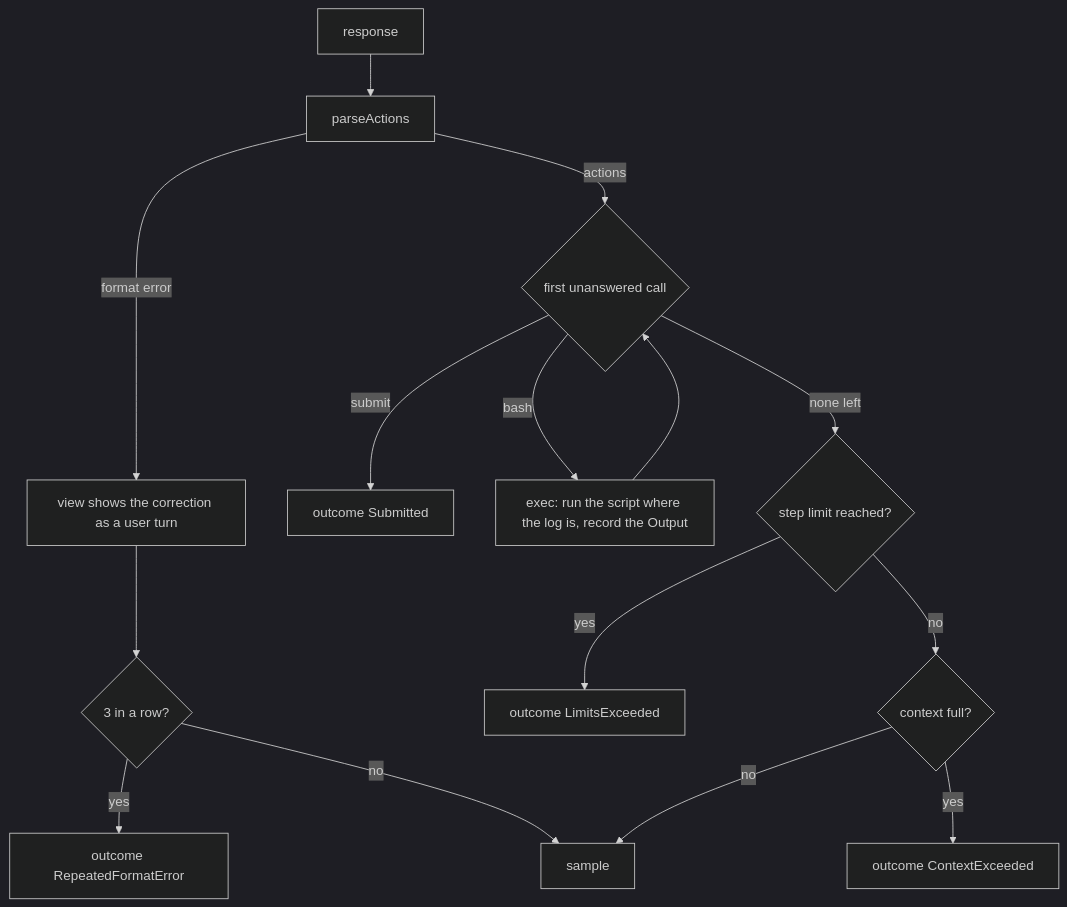
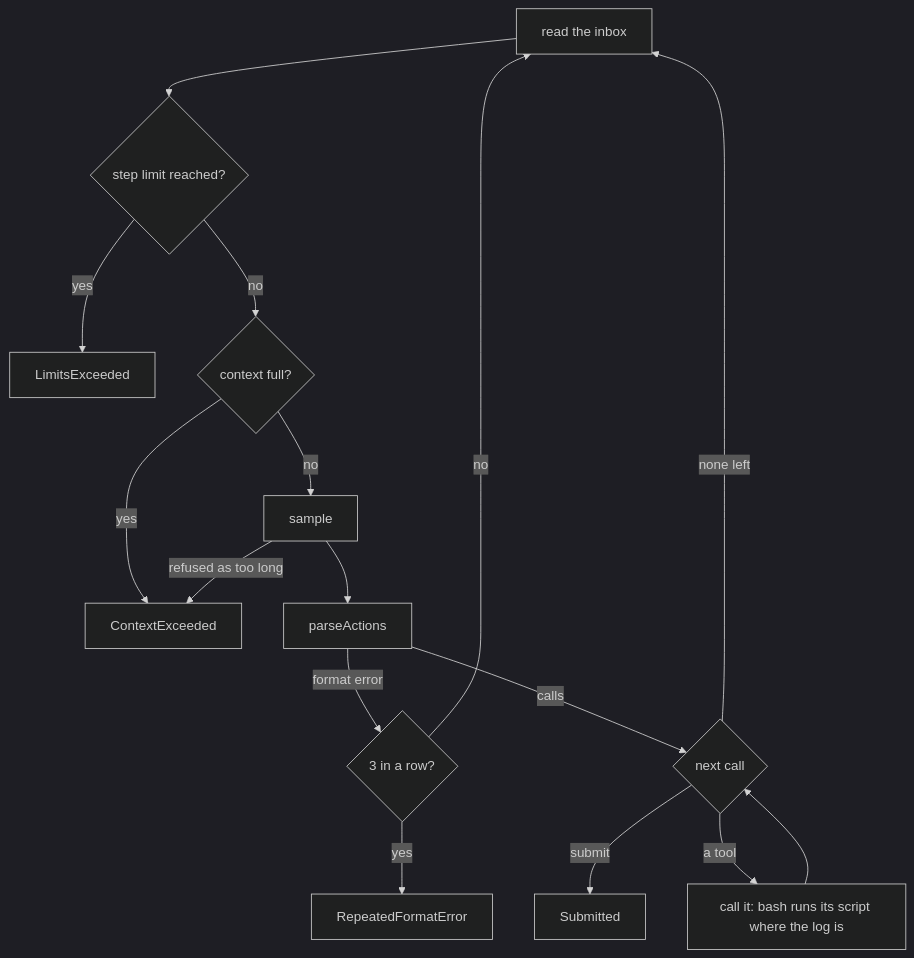
Before and after one commit to pku-xht/alaya: the second of 2 diagrams in docs/miniswe.md, drawn with Mermaid (dark theme). The commit also changed other lines of this file and 117 other files, not shown here.

````diff
--- a/docs/miniswe.md
+++ b/docs/miniswe.md
@@ -176,17 +164,18 @@
 ```mermaid
 flowchart TD
-  R["response"] --> P["parseActions"]
-  P -->|"format error"| F["view shows the correction as a user turn"]
-  F --> N1{"3 in a row?"}
-  N1 -->|yes| D1["outcome RepeatedFormatError"]
-  N1 -->|no| S["sample"]
-  P -->|"actions"| A{"first unanswered call"}
-  A -->|"submit"| D2["outcome Submitted"]
-  A -->|"bash"| X["exec: run the script where the log is, record the Output"]
+  I["read the inbox"] --> L{"step limit reached?"}
+  L -->|yes| D3["LimitsExceeded"]
+  L -->|no| C{"context full?"}
+  C -->|yes| D4["ContextExceeded"]
+  C -->|no| S["sample"]
+  S -->|"refused as too long"| D4
+  S --> P["parseActions"]
+  P -->|"format error"| N1{"3 in a row?"}
+  N1 -->|yes| D1["RepeatedFormatError"]
+  N1 -->|no| I
+  P -->|"calls"| A{"next call"}
+  A -->|"submit"| D2["Submitted"]
+  A -->|"a tool"| X["call it: bash runs its script where the log is"]
   X --> A
-  A -->|"none left"| L{"step limit reached?"}
-  L -->|yes| D3["outcome LimitsExceeded"]
-  L -->|no| C{"context full?"}
-  C -->|yes| D4["outcome ContextExceeded"]
-  C -->|no| S
+  A -->|"none left"| I
 ```
````
